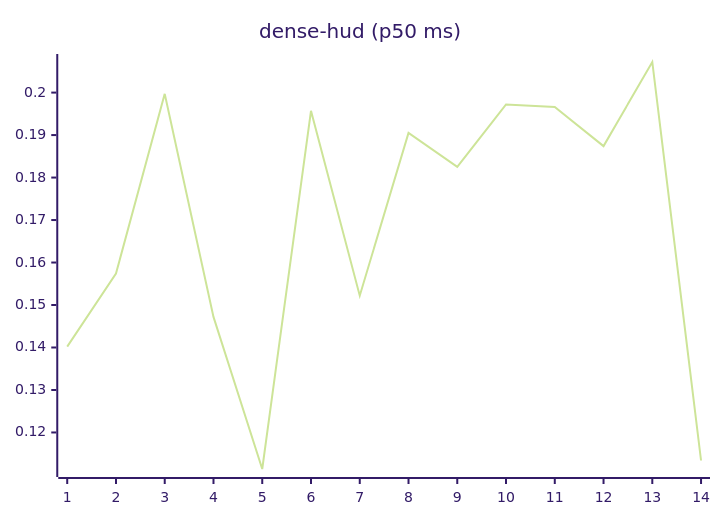
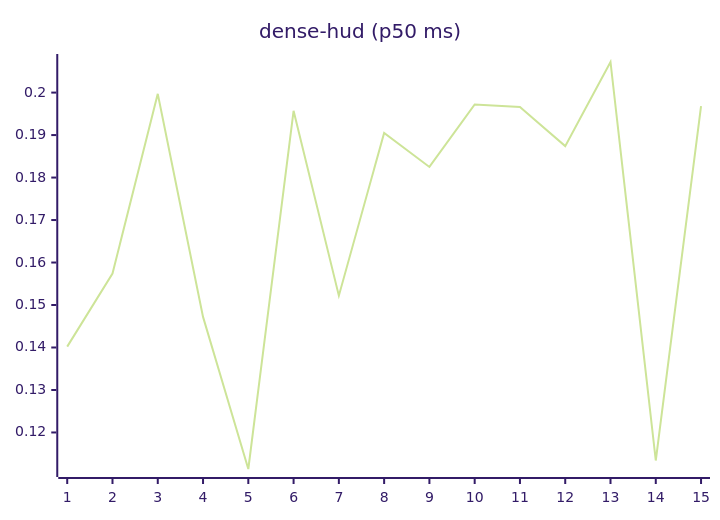
Before and after one commit to josha/Facet: the eighth of 27 diagrams in README.md, drawn with Mermaid (forest theme). The commit also changed other lines of this file and 2 other files, not shown here.

````diff
--- a/README.md
+++ b/README.md
@@ -112,6 +112,6 @@
 ```mermaid
 xychart-beta
     title "dense-hud (p50 ms)"
-    x-axis 1 --> 14
-    line [0.1402, 0.1574, 0.1997, 0.1472, 0.1114, 0.1957, 0.1522, 0.1905, 0.1825, 0.1972, 0.1966, 0.1874, 0.2072, 0.1134]
+    x-axis 1 --> 15
+    line [0.1402, 0.1574, 0.1997, 0.1472, 0.1114, 0.1957, 0.1522, 0.1905, 0.1825, 0.1972, 0.1966, 0.1874, 0.2072, 0.1134, 0.1968]
 ```
````
